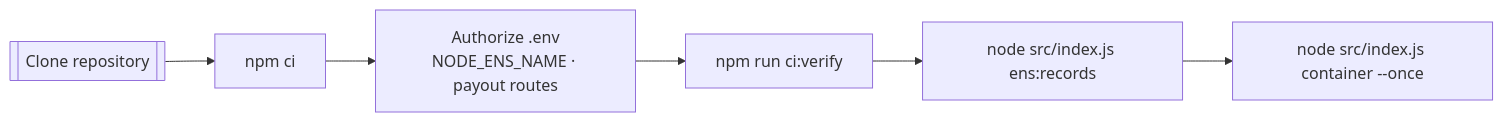
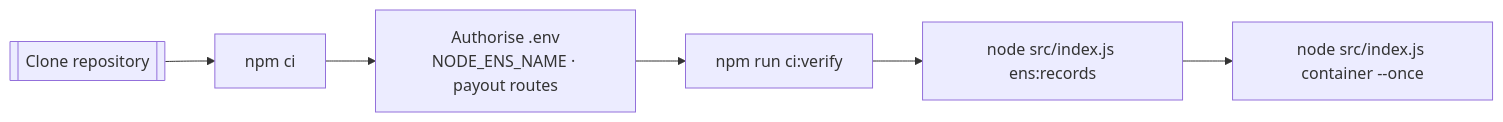
One commit to MontrealAI/AGI-Alpha-Node-v0 changed the first of 4 diagrams in README.md. Above: the diagram before and after it, drawn with Mermaid. The commit also changed other lines of this file and 1 other file, not shown here.

````diff
--- a/README.md
+++ b/README.md
@@ -73,8 +70,8 @@
 ```mermaid
 flowchart LR
   Checkout[[Clone repository]] --> Install[npm ci]
-  Install --> Config[Authorize .env<br/>NODE_ENS_NAME · payout routes]
+  Install --> Config[Authorise .env<br/>NODE_ENS_NAME · payout routes]
   Config --> Verify[npm run ci:verify]
   Verify --> ENS[node src/index.js ens:records]
   ENS --> Launch[node src/index.js container --once]
 ```
````
